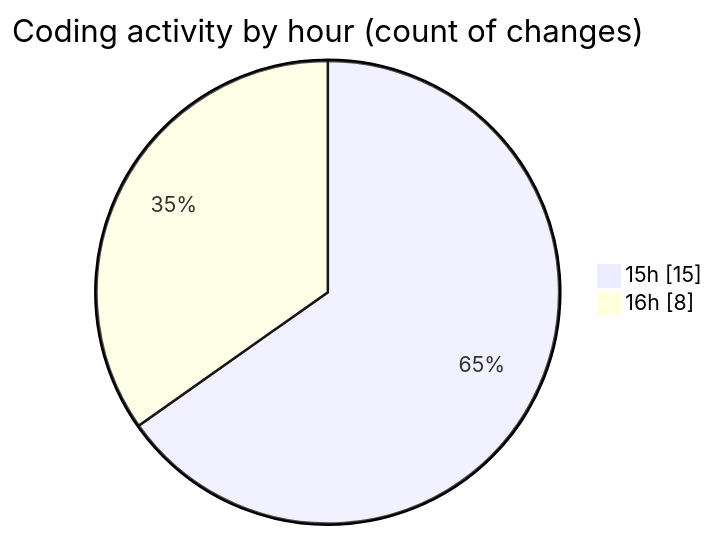
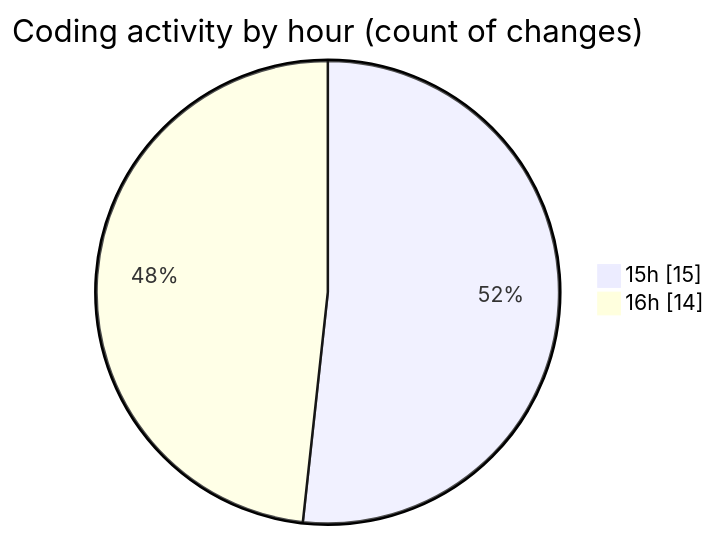
Before and after one commit to donsfak/code-tracking: the second of 2 diagrams in 2025-02-25/trackers_app/README.md, drawn with Mermaid. The commit also changed other lines of this file and 1 other file, not shown here.

````diff
--- a/2025-02-25/trackers_app/README.md
+++ b/2025-02-25/trackers_app/README.md
@@ -30,6 +31,6 @@
 ```mermaid
 pie showData
 title Coding activity by hour (count of changes)
 "15h" : 15
-"16h" : 8
+"16h" : 14
 ```
````
